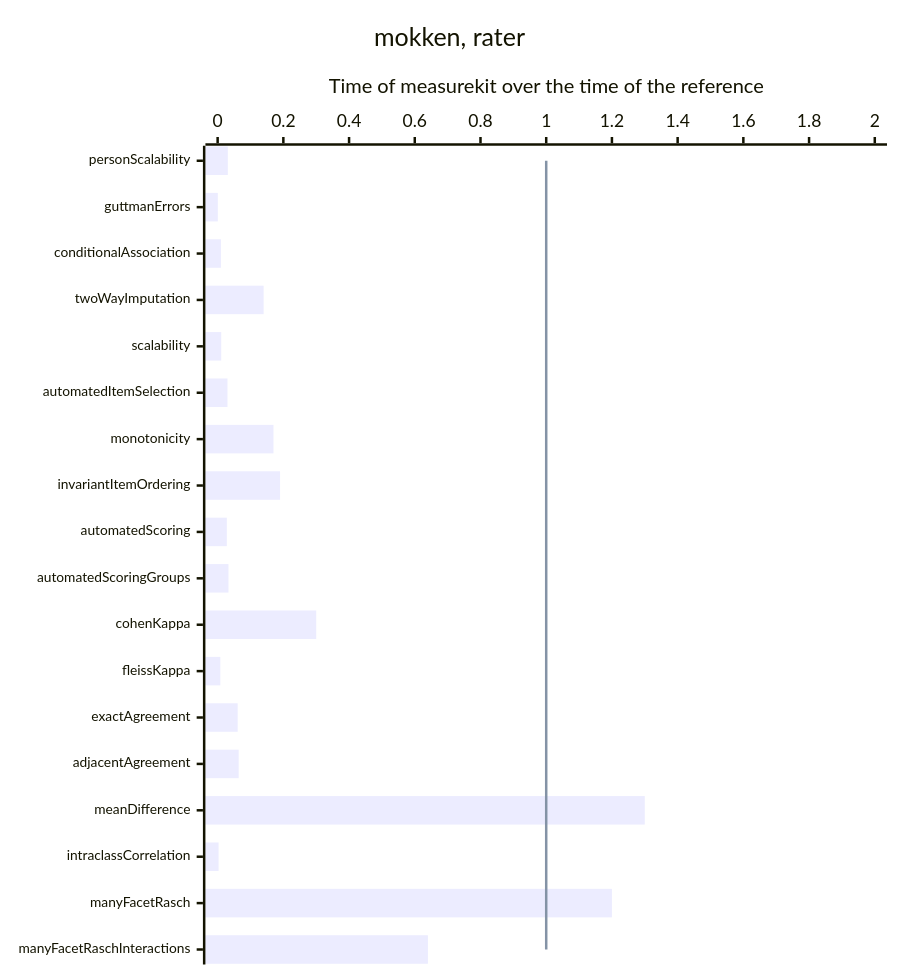
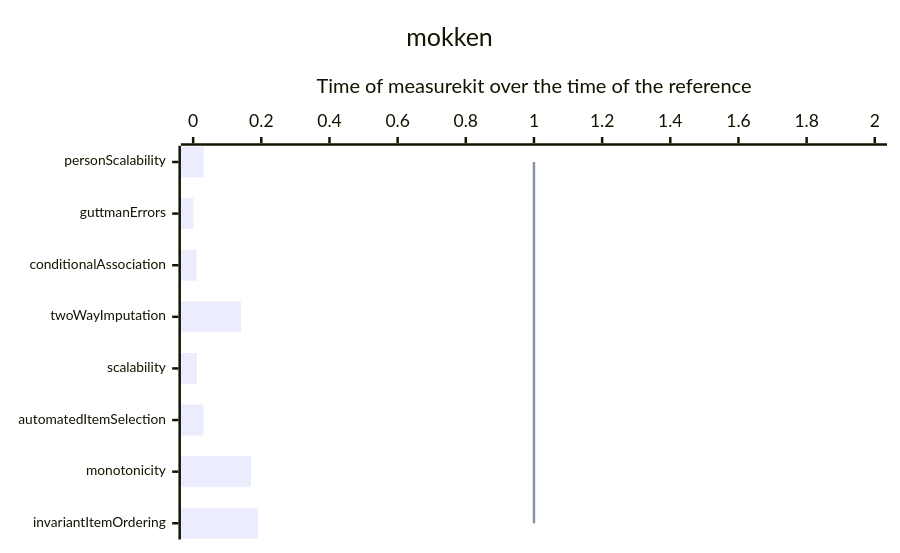
Before and after one commit to measurekit/measurekit: diagram 11 of 13 in docs/psychometrics/performance.md, drawn with Mermaid. The commit also changed other lines of this file, not shown here.

Commit message:
Regenerate the rows of the performance page that the eigendecomposition reaches, with the benchmarks of its smoothing from 25 to 1,000 items and the two tasks the page lacked

````diff
--- a/docs/psychometrics/performance.md
+++ b/docs/psychometrics/performance.md
@@ -111,9 +121,9 @@
 ```mermaid
-%%{init: {"xyChart": {"height": 762, "xAxis": {"labelFontSize": 11}}}}%%
+%%{init: {"xyChart": {"height": 422, "xAxis": {"labelFontSize": 11}}}}%%
 xychart-beta horizontal
-  title "mokken, rater"
-  x-axis ["personScalability", "guttmanErrors", "conditionalAssociation", "twoWayImputation", "scalability", "automatedItemSelection", "monotonicity", "invariantItemOrdering", "automatedScoring", "automatedScoringGroups", "cohenKappa", "fleissKappa", "exactAgreement", "adjacentAgreement", "meanDifference", "intraclassCorrelation", "manyFacetRasch", "manyFacetRaschInteractions"]
+  title "mokken"
+  x-axis ["personScalability", "guttmanErrors", "conditionalAssociation", "twoWayImputation", "scalability", "automatedItemSelection", "monotonicity", "invariantItemOrdering"]
   y-axis "Time of measurekit over the time of the reference" 0 --> 2
-  bar [0.031, 0.00054, 0.01, 0.14, 0.011, 0.03, 0.17, 0.19, 0.028, 0.033, 0.3, 0.0081, 0.061, 0.064, 1.3, 0.0029, 1.2, 0.64]
-  line [1, 1, 1, 1, 1, 1, 1, 1, 1, 1, 1, 1, 1, 1, 1, 1, 1, 1]
+  bar [0.031, 0.00054, 0.01, 0.14, 0.011, 0.03, 0.17, 0.19]
+  line [1, 1, 1, 1, 1, 1, 1, 1]
 ```
````
